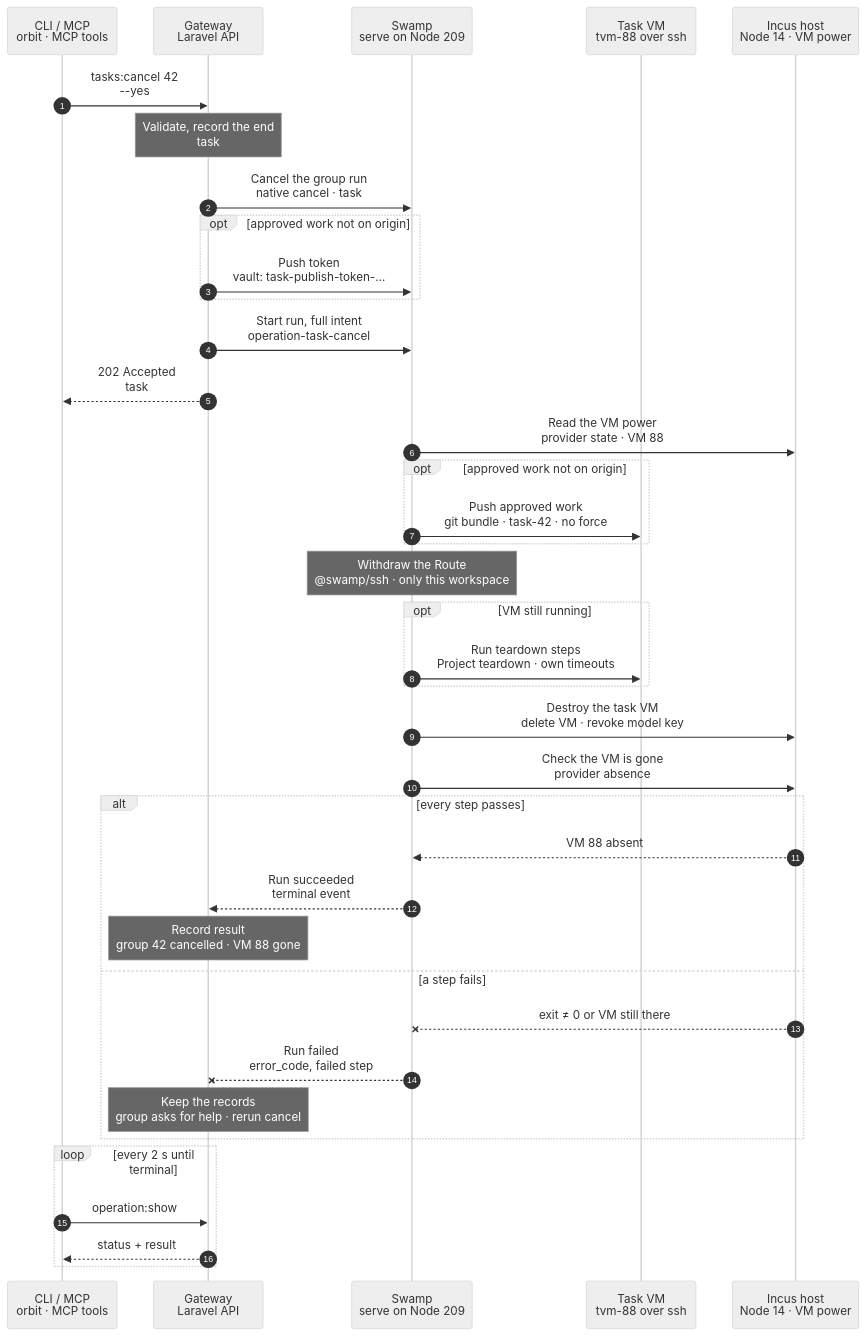
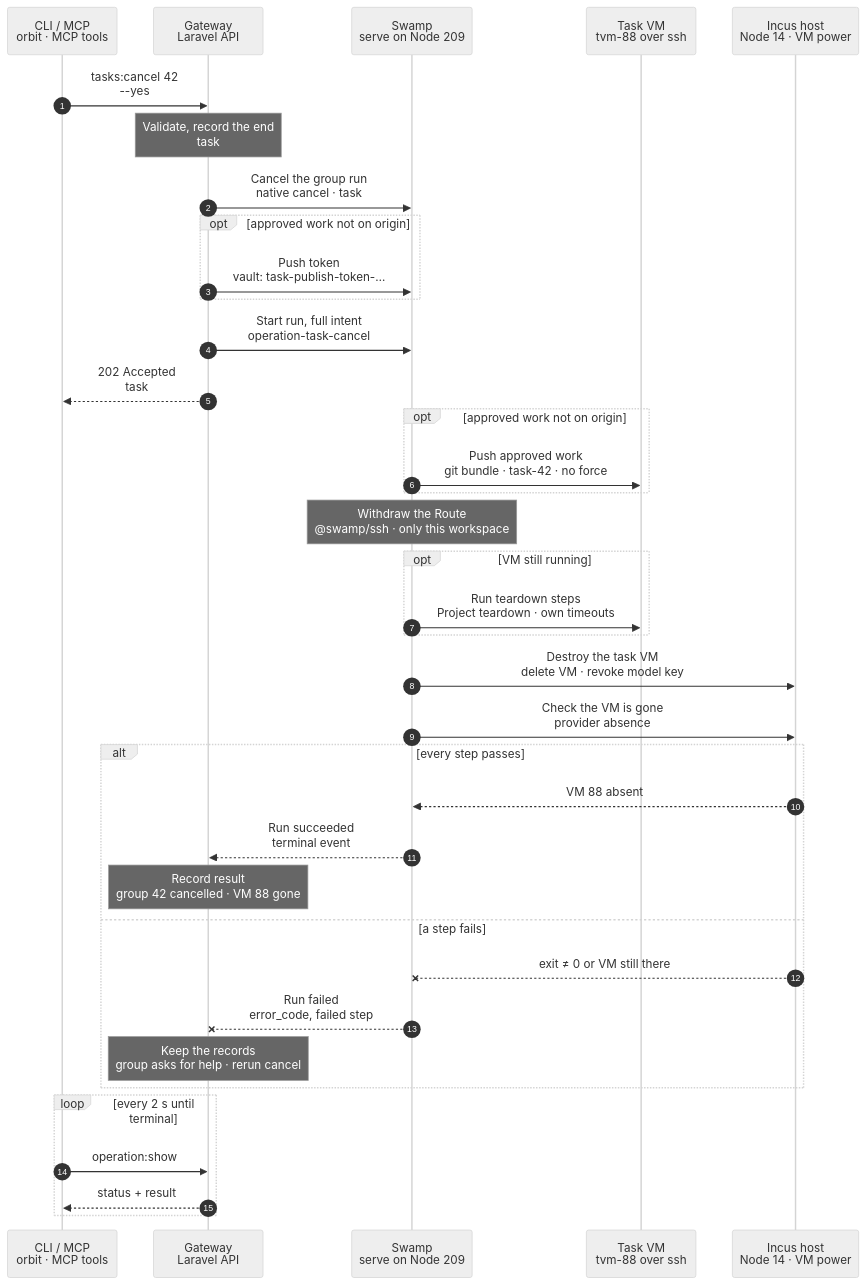
One commit to hardimpactdev/orbit changed the diagram in docs/cli/tasks/cancel.mmd. Above: the diagram before and after it, drawn with Mermaid (neutral theme). The commit also changed 1 other file, not shown here.

Commit message:
docs(cli): tighten2 wave 8 charts (tasks.provision, tasks.cancel)

```diff
--- a/docs/cli/tasks/cancel.mmd
+++ b/docs/cli/tasks/cancel.mmd
@@ -1,125 +1,123 @@
 sequenceDiagram
   %% Target design: ADR 0244 (one task:cancel; ending a group with cleanup is its own action kind), docs/reference/tasks.md "Cancel a stuck task", DECISIONS R2-R4, flow-design-decisions 1 (token minted at admission).
+  %% Tightened: flow-tighten 2026-11-02, rules 16, 20 (no power read first: each guest step carries a guard on the VM's power, and the delete is safe to repeat).
   %% status: draft
   %% command: tasks:cancel
   %% kind: tasks.cancel
   autonumber
   %% lane CLI icon=terminal pill=caller tone=gray
   %% lane GW icon=gateway pill=intent tone=blue
   %% lane SW icon=workflow pill=executes tone=green
   %% lane VM icon=server pill=target tone=amber
   %% lane H icon=server pill=target tone=purple
   participant CLI as CLI / MCP<br/>orbit · MCP tools
   participant GW as Gateway<br/>Laravel API
   participant SW as Swamp<br/>serve on Node 209
   participant VM as Task VM<br/>tvm-88 over ssh
   participant H as Incus host<br/>Node 14 · VM power
   CLI->>GW: tasks:cancel 42<br/>--yes
   %%> Command:
   %%> - `orbit tasks:cancel 42 --yes`
   %%> - syntax: `[group] [--yes] [--json]`
   %%> Input:
   %%> - the task group id; omitting it uses the standard selector
   %%> Confirmation:
   %%> - without `--yes`, the CLI first asks to cancel group 42 and remove its task VM; the default is No
   %%> Also:
   %%> - `tasks:complete 42` admits the same ending when its pull request merged or closed; the group then ends `completed`
   %%> Who can call it:
   %%> - the `orbit` CLI and the MCP tool `tasks-cancel` send the same request
   Note over GW: Validate, record the end<br/>task #5141 · group 42 ending
   %%> Requirements:
   %%> - your Node has Gateway access, and the Tasks extension is on
   %%> - group 42 is not `completed`, and not `settling` with a pull request (complete it instead)
   %%> - no other ending task holds `task_group:42`
   %%> Result:
   %%> - task #5141 recorded with the full intent: VM 88, Node 14, the workspace, its Route, the teardown steps and the last approved commit
   %%> - a group with no workspace ends `cancelled` at once, with no run (R1)
   GW->>SW: Cancel the group run<br/>native cancel · task #5140
   %%> What it does:
   %%> - cancels the group's root task; Swamp cancels its running Pi turn or check and tears down their SSH sessions
   %%> Busy:
   %%> - the Gateway waits briefly for the terminal event within the budget; a run that does not end returns `operation.target_busy`, and nothing changes
   opt approved work not on origin
     GW->>SW: Push token<br/>vault: task-publish-token-…
     %%> When:
     %%> - a subtask was approved but its commit was never pushed
     %%> Why:
     %%> - this run is short, so the Gateway mints the token at admission and writes it to the vault
   end
   GW->>SW: Start run, full intent<br/>operation-task-cancel
   %%> What it does:
   %%> - starts one Swamp run on serve (Node 209)
   %%> Inputs:
   %%> - VM 88, Node 14, the checkout path and its SSH host key; the SSH identity comes from the `swamp` role
   GW-->>CLI: 202 Accepted<br/>task #5141
   %%> What you get:
   %%> - the task number, at once
   %%> Next:
   %%> - the CLI follows the task with `operation:show`
-  SW->>H: Read the VM power<br/>provider state · VM 88
-  %%> What it does:
-  %%> - asks the provider whether VM 88 runs, is stopped, or is gone
-  %%> Why:
-  %%> - guest steps run only on a running VM
   opt approved work not on origin
     SW->>VM: Push approved work<br/>git bundle · task-42 · no force
     %%> What it does:
     %%> - exports the approved commit as a Git bundle and pushes it from 209, so you can open a pull request from `task-42`
     %%> - uncommitted changes are never pushed
     %%> If it fails:
     %%> - the run stops before any removal, so the work stays in the VM
+    %%> Guard:
+    %%> - runs only while VM 88 runs; guest steps never run on a stopped VM, so no power read runs first
   end
   Note over SW: Withdraw the Route<br/>@swamp/ssh · only this workspace
   %%> When:
   %%> - only when one Route targets this workspace alone; a shared or foreign Route refuses the end
   %%> What it does:
   %%> - removes the Route's Caddy site on its Node before the VM goes
   opt VM still running
     SW->>VM: Run teardown steps<br/>Project teardown · own timeouts
     %%> When:
-    %%> - only while VM 88 runs; a stopped VM skips guest teardown
+    %%> - a `guard` on the provider's power state: only while VM 88 runs; a stopped VM skips guest teardown
   end
   SW->>H: Destroy the task VM<br/>delete VM · revoke model key
   %%> What it does:
   %%> - deletes VM 88 and revokes its model key
   %%> Per provider:
   %%> - Incus: `incus delete` on Node 14 over SSH
   %%> - UpCloud overflow: the UpCloud API from 209
   SW->>H: Check the VM is gone<br/>provider absence
   %%> Why:
   %%> - the VM only counts as removed when the provider no longer has it
   alt every step passes
     H-->>SW: VM 88 absent
     %%> Returns:
     %%> - the check passed
     SW-->>GW: Run succeeded<br/>terminal event
     %%> How the Gateway learns it:
     %%> - its shared run reader sees the terminal event; Swamp never calls the Gateway
     Note over GW: Record result<br/>group 42 cancelled · VM 88 gone
     %%> Result:
     %%> - group 42 and its open subtasks are `cancelled`; comments, threads and transcripts stay as history
     %%> - the workspace Instance, its Route record, VM 88 and the `tvm-88` Node record are removed
     %%> - task #5141 succeeds
   else a step fails
     H--xSW: exit ≠ 0 or VM still there
     %%> When:
     %%> - the push, Route withdrawal, teardown or deletion fails
     SW--xGW: Run failed<br/>error_code, failed step
     %%> The Gateway reads:
     %%> - which step failed and its error code
     Note over GW: Keep the records<br/>group asks for help · rerun cancel
     %%> Result:
     %%> - task #5141 fails; group 42 keeps its status, its workspace and VM 88, and asks for `removal_failure` assistance
     %%> On the Node:
     %%> - steps done before the failure stay; there is no rollback
     %%> Retry:
     %%> - run `tasks:cancel 42` again after fixing the cause; it is a new task, and done steps find nothing left to do
   end
   loop every 2 s until terminal
     CLI->>GW: operation:show #5141
     %%> What it does:
     %%> - asks for the task's status every 2 seconds until it has ended
     GW-->>CLI: status + result
     %%> Returns:
     %%> - the current status, and the result once the task has ended
   end
```
